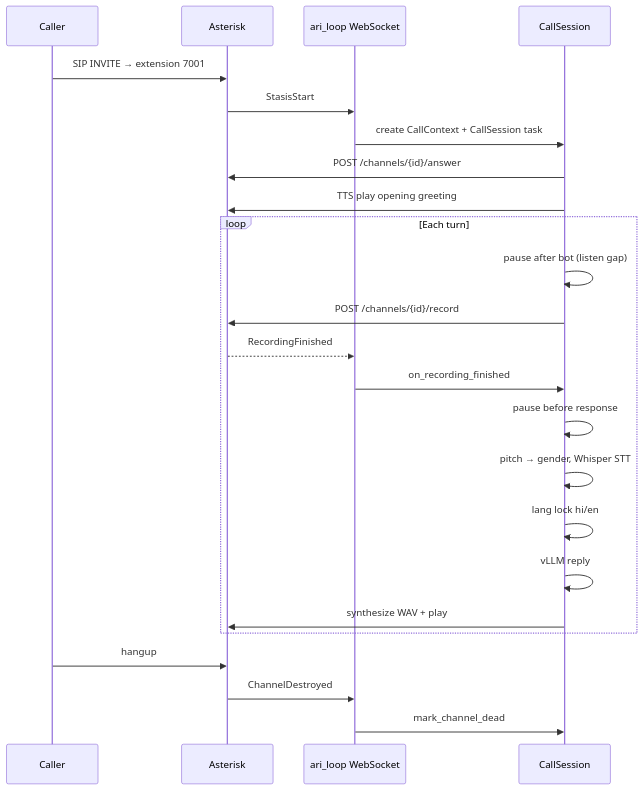
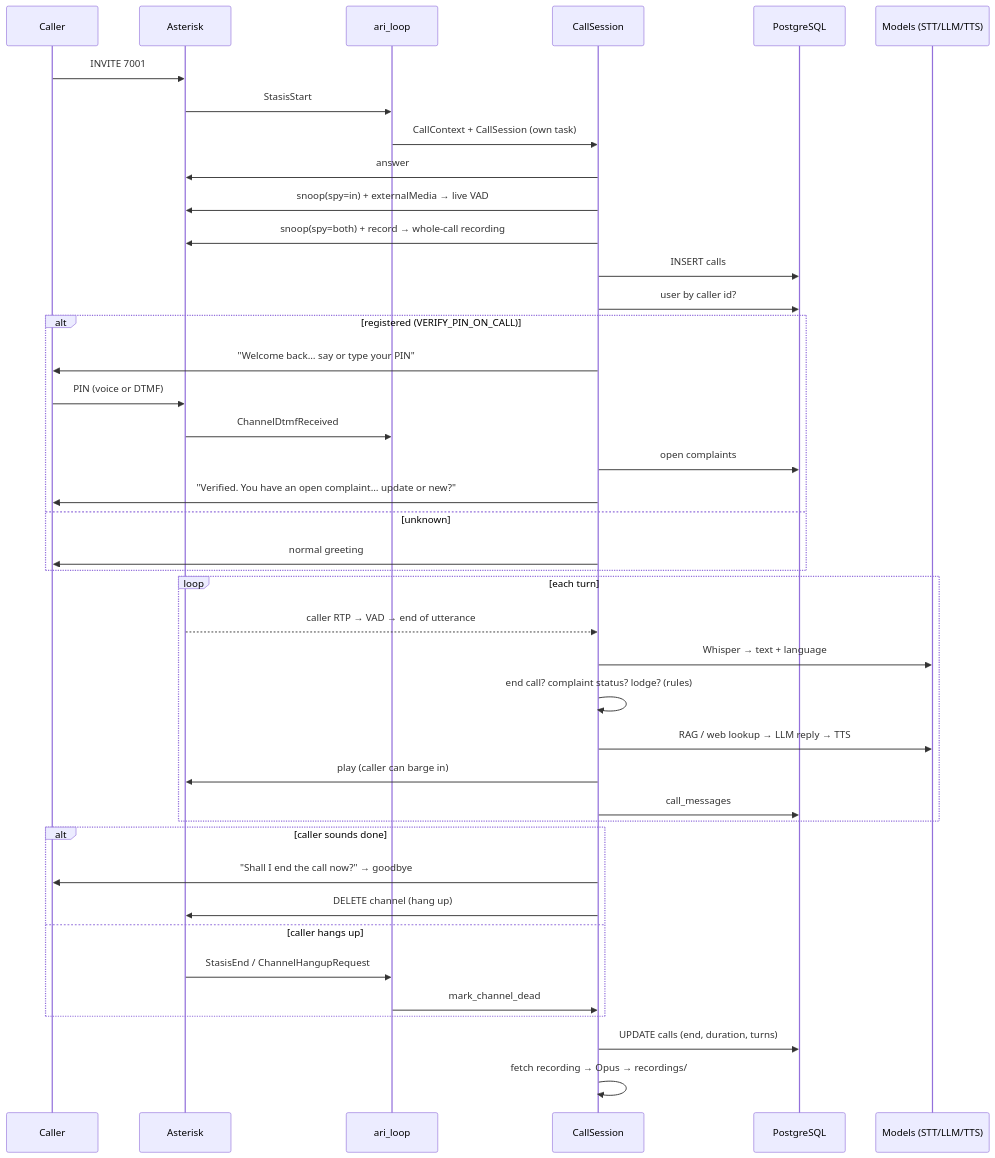
Before and after one commit to shyam302/Harvix-AI-Calling: the second of 5 diagrams in ARCHITECTURE.md, drawn with Mermaid. The commit also changed other lines of this file, not shown here.

Commit message:
ARCHITECTURE.md: rewrite for Docker, live VAD/echo, RAG in Redis, PostgreSQL, PIN, complaints, hang-up, admin pages

````diff
--- a/ARCHITECTURE.md
+++ b/ARCHITECTURE.md
@@ -51,29 +90,44 @@
 ```mermaid
 sequenceDiagram
     participant C as Caller
     participant A as Asterisk
-    participant W as ari_loop WebSocket
+    participant L as ari_loop
     participant S as CallSession
+    participant D as PostgreSQL
+    participant M as Models (STT/LLM/TTS)
 
-    C->>A: SIP INVITE → extension 7001
-    A->>W: StasisStart
-    W->>S: create CallContext + CallSession task
-    S->>A: POST /channels/{id}/answer
-    S->>A: TTS play opening greeting
-
-    loop Each turn
-        S->>S: pause after bot (listen gap)
-        S->>A: POST /channels/{id}/record
-        A-->>W: RecordingFinished
-        W->>S: on_recording_finished
-        S->>S: pause before response
-        S->>S: pitch → gender, Whisper STT
-        S->>S: lang lock hi/en
-        S->>S: vLLM reply
-        S->>A: synthesize WAV + play
+    C->>A: INVITE 7001
+    A->>L: StasisStart
+    L->>S: CallContext + CallSession (own task)
+    S->>A: answer
+    S->>A: snoop(spy=in) + externalMedia → live VAD
+    S->>A: snoop(spy=both) + record → whole-call recording
+    S->>D: INSERT calls
+    S->>D: user by caller id?
+    alt registered (VERIFY_PIN_ON_CALL)
+        S->>C: "Welcome back… say or type your PIN"
+        C->>A: PIN (voice or DTMF)
+        A->>L: ChannelDtmfReceived
+        S->>D: open complaints
+        S->>C: "Verified. You have an open complaint… update or new?"
+    else unknown
+        S->>C: normal greeting
     end
-
-    C->>A: hangup
-    A->>W: ChannelDestroyed
-    W->>S: mark_channel_dead
+    loop each turn
+        A-->>S: caller RTP → VAD → end of utterance
+        S->>M: Whisper → text + language
+        S->>S: end call? complaint status? lodge? (rules)
+        S->>M: RAG / web lookup → LLM reply → TTS
+        S->>A: play (caller can barge in)
+        S->>D: call_messages
+    end
+    alt caller sounds done
+        S->>C: "Shall I end the call now?" → goodbye
+        S->>A: DELETE channel (hang up)
+    else caller hangs up
+        A->>L: StasisEnd / ChannelHangupRequest
+        L->>S: mark_channel_dead
+    end
+    S->>D: UPDATE calls (end, duration, turns)
+    S->>S: fetch recording → Opus → recordings/
 ```
````
